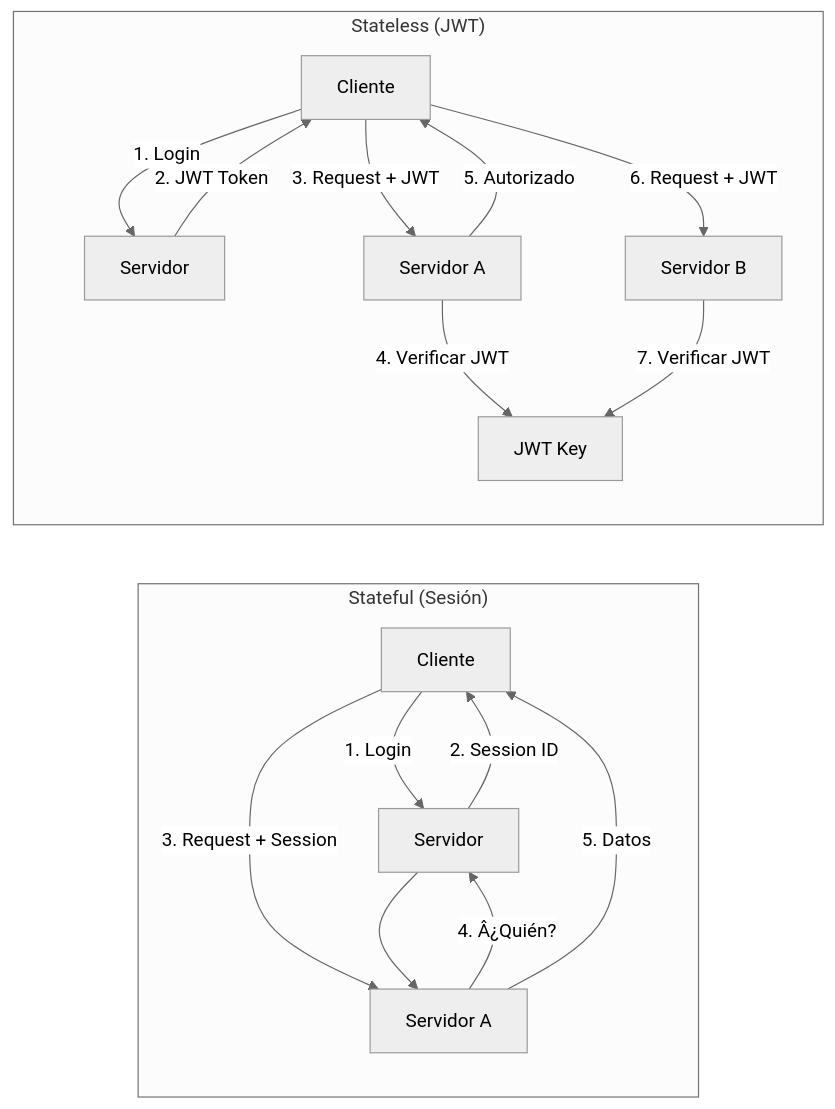
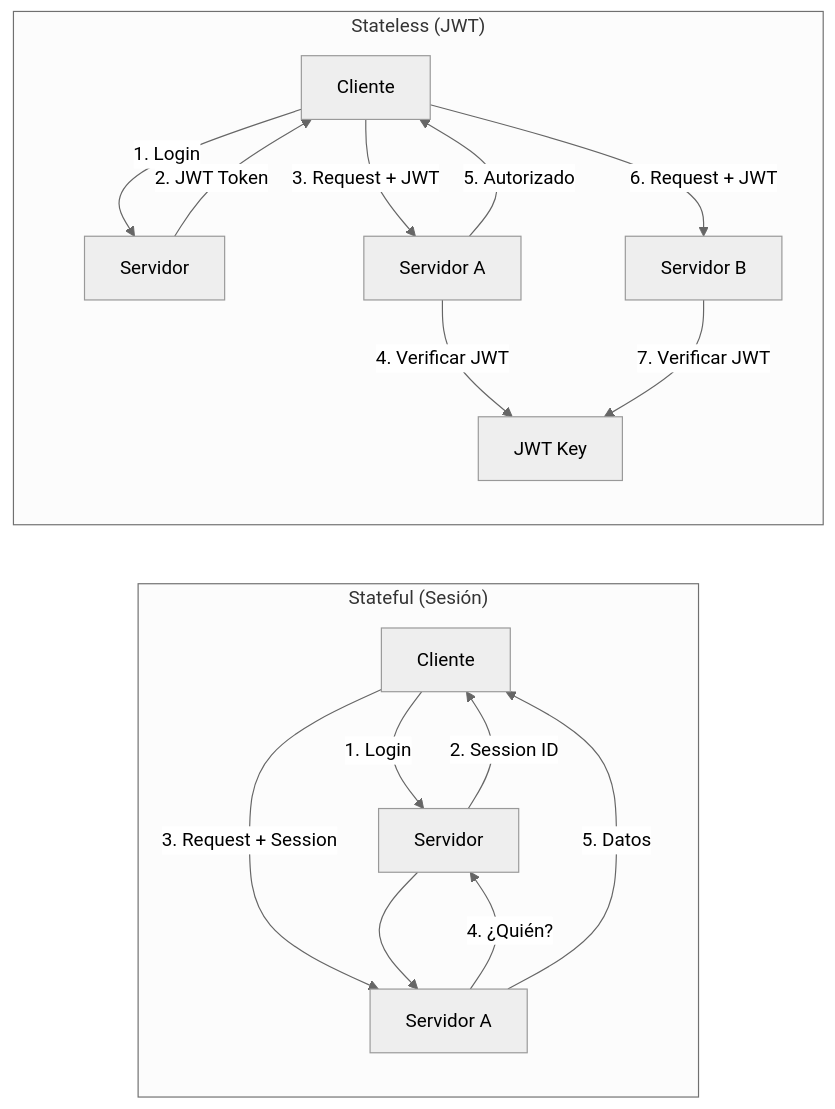
One commit to joseluisgs/TiendaDawApi-Cqrs-MediatR-NetCore changed the first of 13 diagrams in doc/17-jwt-authentication.md. Above: the diagram before and after it, drawn with Mermaid (neutral theme). The commit also changed other lines of this file and 27 other files, not shown here.

````diff
--- a/doc/17-jwt-authentication.md
+++ b/doc/17-jwt-authentication.md
@@ -38,21 +38,21 @@
 ```mermaid
 flowchart LR
     subgraph "Stateful (Sesión)"
         A1["Cliente"] -->|1. Login| A2["Servidor"]
         A2 -->|2. Session ID| A1
         A1 -->|3. Request + Session| A3["Servidor A"]
-        A3 -->|4. Â¿Quién?| A2
+        A3 -->|4. ¿Quién?| A2
         A2 --> A3
         A3 -->|5. Datos| A1
     end
     
     subgraph "Stateless (JWT)"
         B1["Cliente"] -->|1. Login| B2["Servidor"]
         B2 -->|2. JWT Token| B1
         B1 -->|3. Request + JWT| B4["Servidor A"]
         B4 -->|4. Verificar JWT| B5["JWT Key"]
         B4 -->|5. Autorizado| B1
         B1 -->|6. Request + JWT| B6["Servidor B"]
         B6 -->|7. Verificar JWT| B5
     end
 ```
````
